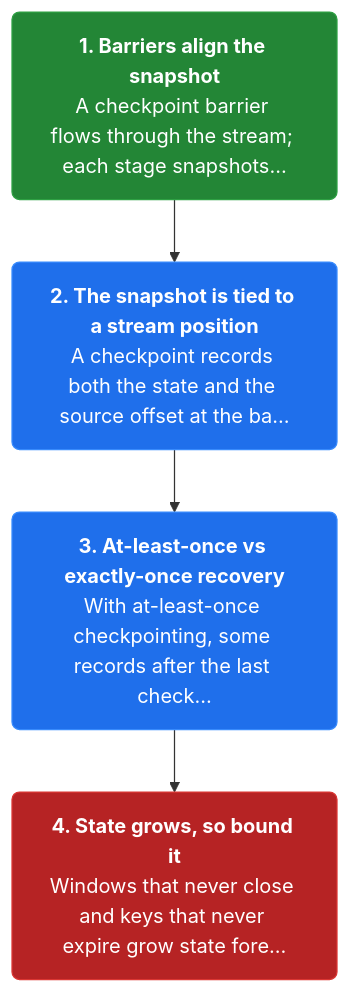
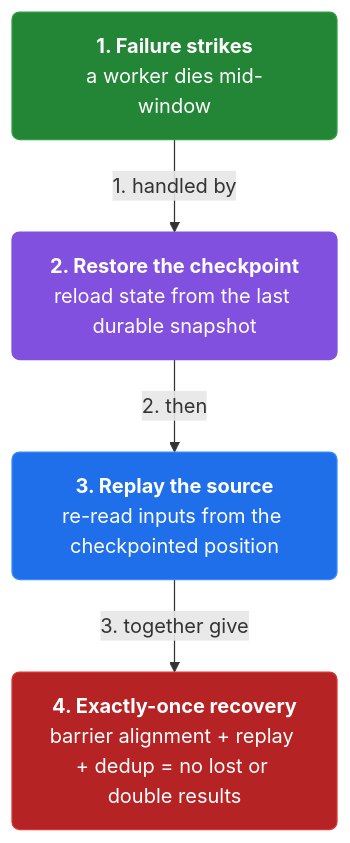
One commit to vinayakuber/streaming-systems-study-guide changed the third of 19 diagrams in docs/ch07-the-practicalities-of-persistent-state.md. Above: the diagram before and after it, drawn with Mermaid. The commit also changed other lines of this file and 12 other files, not shown here.

First line of the commit message:
Author per-section and per-card mermaid diagrams (110 diagrams)

````diff
--- a/docs/ch07-the-practicalities-of-persistent-state.md
+++ b/docs/ch07-the-practicalities-of-persistent-state.md
@@ -91,13 +95,15 @@
 ```mermaid
 flowchart TD
-  classDef step fill:#1f6feb,color:#ffffff,stroke:#388bfd,stroke-width:1px,rx:6
+  classDef step fill:#1f6feb,color:#ffffff,stroke:#388bfd,rx:6
+  classDef core fill:#8250df,color:#ffffff,stroke:#8250df,rx:6
+  classDef warn fill:#d29922,color:#ffffff,stroke:#d29922,rx:6
   classDef start fill:#238636,color:#ffffff,stroke:#2ea043,rx:6
   classDef stop fill:#b62324,color:#ffffff,stroke:#da3633,rx:6
-  s2n0["<b>1. Barriers align the snapshot</b><br/>A checkpoint barrier flows through the stream; each stage snapshots…"]:::start
-  s2n1["<b>2. The snapshot is tied to a stream position</b><br/>A checkpoint records both the state and the source offset at the ba…"]:::step
-  s2n2["<b>3. At-least-once vs exactly-once recovery</b><br/>With at-least-once checkpointing, some records after the last check…"]:::step
-  s2n3["<b>4. State grows, so bound it</b><br/>Windows that never close and keys that never expire grow state fore…"]:::stop
-  s2n0 --> s2n1
-  s2n1 --> s2n2
-  s2n2 --> s2n3
+  n0["<b>1. Failure strikes</b><br/>a worker dies mid-window"]:::start
+  n1["<b>2. Restore the checkpoint</b><br/>reload state from the last durable snapshot"]:::core
+  n2["<b>3. Replay the source</b><br/>re-read inputs from the checkpointed position"]:::step
+  n3["<b>4. Exactly-once recovery</b><br/>barrier alignment + replay + dedup = no lost or double results"]:::stop
+  n0 -->|"1. handled by"| n1
+  n1 -->|"2. then"| n2
+  n2 -->|"3. together give"| n3
 ```
````
